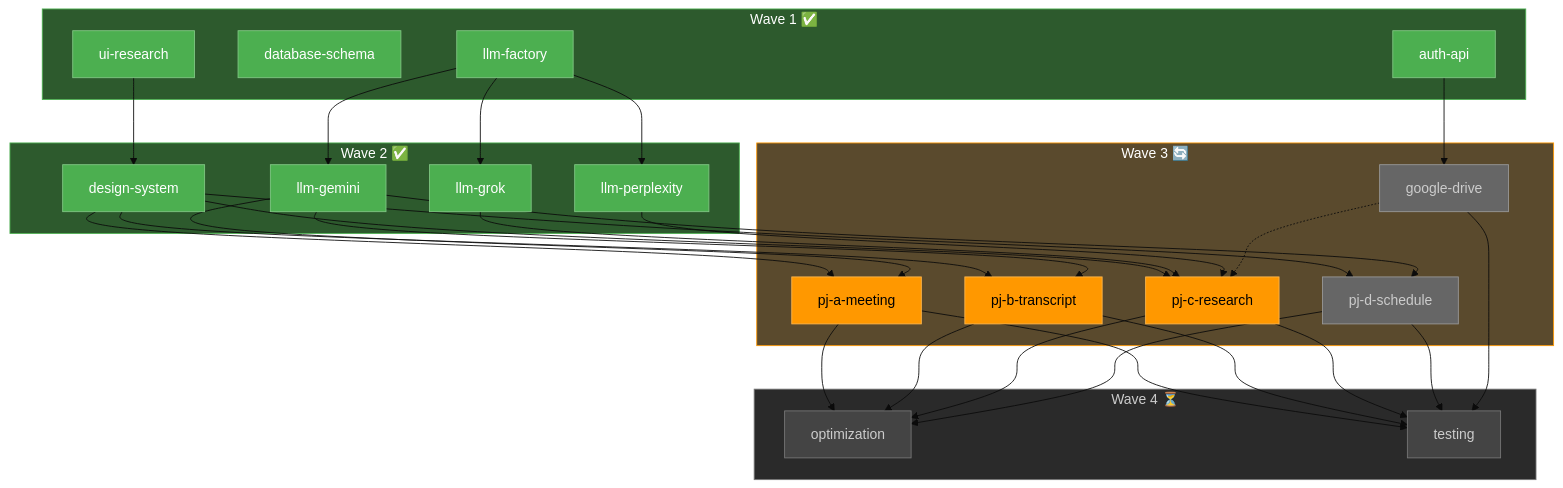
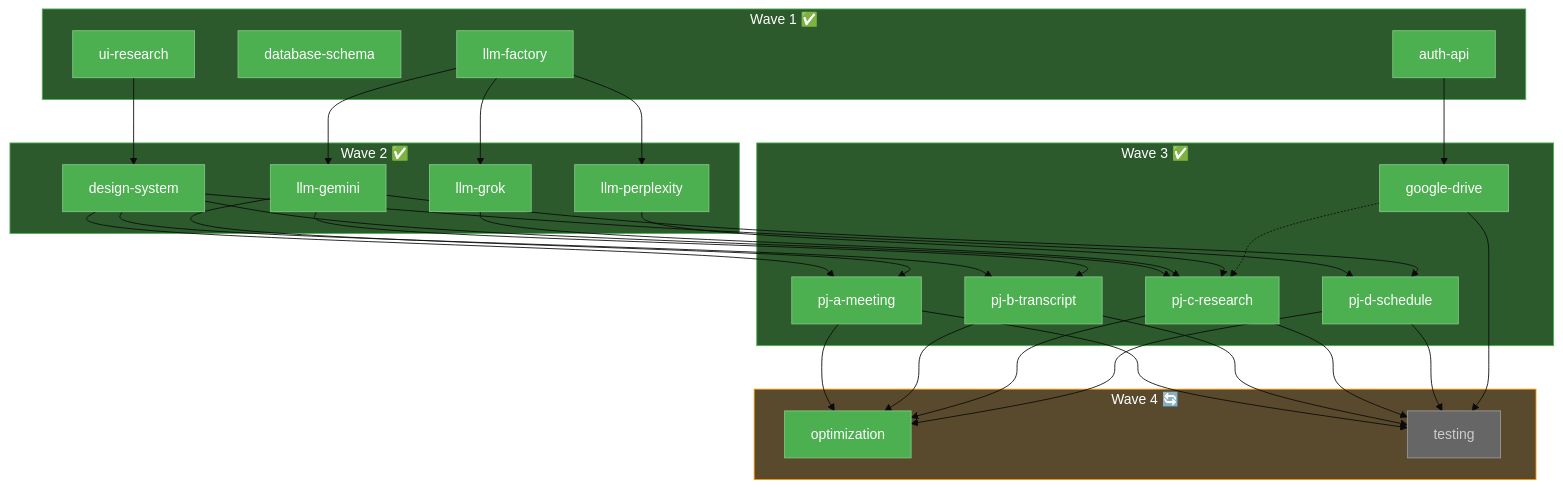
Before and after one commit to langcore-org/united-productions-web: the fifth of 5 diagrams in docs/initial_dev/agent-swarm-guide.md, drawn with Mermaid (base theme). The commit also changed other lines of this file and 11 other files, not shown here.

````diff
--- a/docs/initial_dev/agent-swarm-guide.md
+++ b/docs/initial_dev/agent-swarm-guide.md
@@ -251,64 +253,64 @@
 ```mermaid
 flowchart TB
     subgraph W1["Wave 1 ✅"]
         A[ui-research]
         B[database-schema]
         C[auth-api]
         D[llm-factory]
     end
     
     subgraph W2["Wave 2 ✅"]
         E[design-system]
         F[llm-gemini]
         G[llm-grok]
         H[llm-perplexity]
     end
     
-    subgraph W3["Wave 3 🔄"]
+    subgraph W3["Wave 3 ✅"]
         I[pj-a-meeting]
         J[pj-b-transcript]
         K[pj-c-research]
         L[pj-d-schedule]
         M[google-drive]
     end
     
-    subgraph W4["Wave 4 ⏳"]
+    subgraph W4["Wave 4 🔄"]
         N[optimization]
         O[testing]
     end
     
     A --> E
     D --> F
     D --> G
     D --> H
     
     E --> I & J & K & L
     F --> I & J & L
     G --> K
     H --> K
     C --> M
     M -.-> K
     
     I & J & K & L --> N & O
     M --> O
     
     style W1 fill:#2d5a2d,stroke:#4caf50,color:#fff
     style W2 fill:#2d5a2d,stroke:#4caf50,color:#fff
-    style W3 fill:#5a4a2d,stroke:#ff9800,color:#fff
-    style W4 fill:#2a2a2a,stroke:#777,color:#ccc
+    style W3 fill:#2d5a2d,stroke:#4caf50,color:#fff
+    style W4 fill:#5a4a2d,stroke:#ff9800,color:#fff
     style A fill:#4caf50,stroke:#81c784,color:#fff
     style B fill:#4caf50,stroke:#81c784,color:#fff
     style C fill:#4caf50,stroke:#81c784,color:#fff
     style D fill:#4caf50,stroke:#81c784,color:#fff
     style E fill:#4caf50,stroke:#81c784,color:#fff
     style F fill:#4caf50,stroke:#81c784,color:#fff
     style G fill:#4caf50,stroke:#81c784,color:#fff
     style H fill:#4caf50,stroke:#81c784,color:#fff
-    style I fill:#ff9800,stroke:#ffb74d,color:#000
-    style J fill:#ff9800,stroke:#ffb74d,color:#000
-    style K fill:#ff9800,stroke:#ffb74d,color:#000
-    style L fill:#666,stroke:#999,color:#ccc
-    style M fill:#666,stroke:#999,color:#ccc
-    style N fill:#444,stroke:#777,color:#ccc
-    style O fill:#444,stroke:#777,color:#ccc
+    style I fill:#4caf50,stroke:#81c784,color:#fff
+    style J fill:#4caf50,stroke:#81c784,color:#fff
+    style K fill:#4caf50,stroke:#81c784,color:#fff
+    style L fill:#4caf50,stroke:#81c784,color:#fff
+    style M fill:#4caf50,stroke:#81c784,color:#fff
+    style N fill:#4caf50,stroke:#81c784,color:#fff
+    style O fill:#666,stroke:#999,color:#ccc
 ```
````
